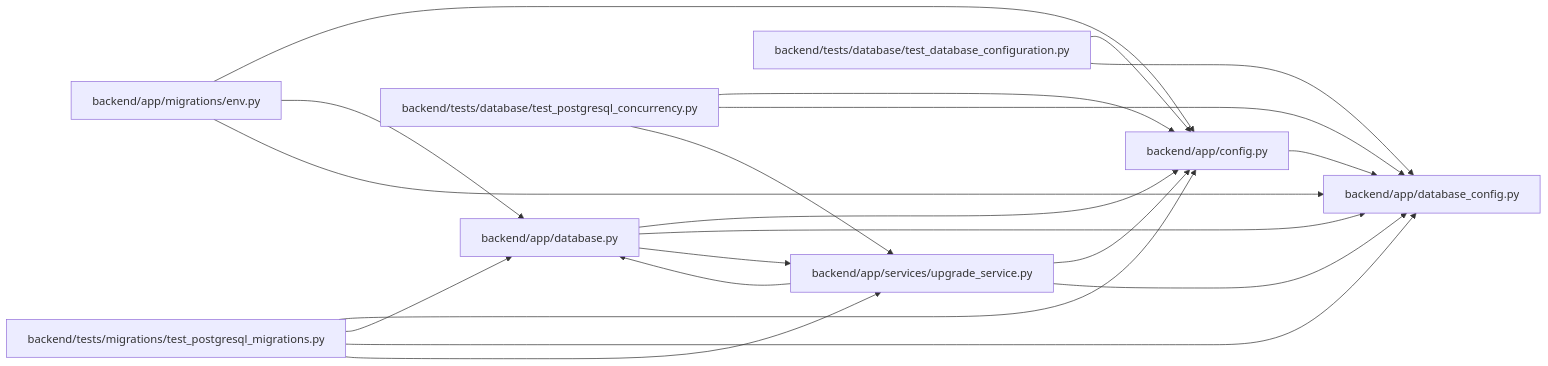
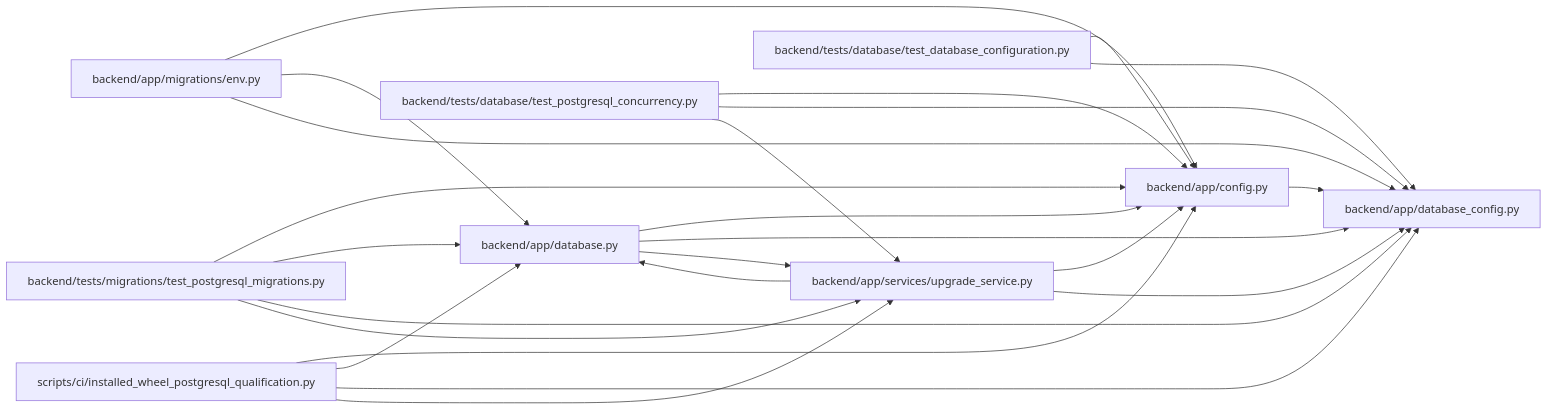
Before and after one commit to Denissvgn/WorkChord: the diagram in docs/llm_wiki/modules/database_config.md, drawn with Mermaid. The commit also changed other lines of this file and 778 other files, not shown here.

````diff
--- a/docs/llm_wiki/modules/database_config.md
+++ b/docs/llm_wiki/modules/database_config.md
@@ -23,38 +23,44 @@
 ```mermaid
 flowchart LR
     n0["backend/app/config.py"]
     n1["backend/app/database.py"]
     n2["backend/app/database_config.py"]
     n3["backend/app/migrations/env.py"]
     n4["backend/app/services/upgrade_service.py"]
     n5["backend/tests/database/test_database_configuration.py"]
     n6["backend/tests/database/test_postgresql_concurrency.py"]
     n7["backend/tests/migrations/test_postgresql_migrations.py"]
+    n8["scripts/ci/installed_wheel_postgresql_qualification.py"]
     n0 --> n2
     n1 --> n0
     n1 --> n2
     n1 --> n4
     n3 --> n0
     n3 --> n1
     n3 --> n2
     n4 --> n0
     n4 --> n1
     n4 --> n2
     n5 --> n0
     n5 --> n2
     n6 --> n0
     n6 --> n2
     n6 --> n4
     n7 --> n0
     n7 --> n1
     n7 --> n2
     n7 --> n4
+    n8 --> n0
+    n8 --> n1
+    n8 --> n2
+    n8 --> n4
     click n0 "../modules/config.md"
     click n1 "../modules/app_database.md"
     click n2 "../modules/database_config.md"
     click n3 "../modules/migrations_env.md"
     click n4 "../modules/upgrade_service.md"
     click n5 "../modules/test_database_configuration.md"
     click n6 "../modules/test_postgresql_concurrency.md"
     click n7 "../modules/test_postgresql_migrations.md"
+    click n8 "../modules/installed_wheel_postgresql_qualification.md"
 ```
````
